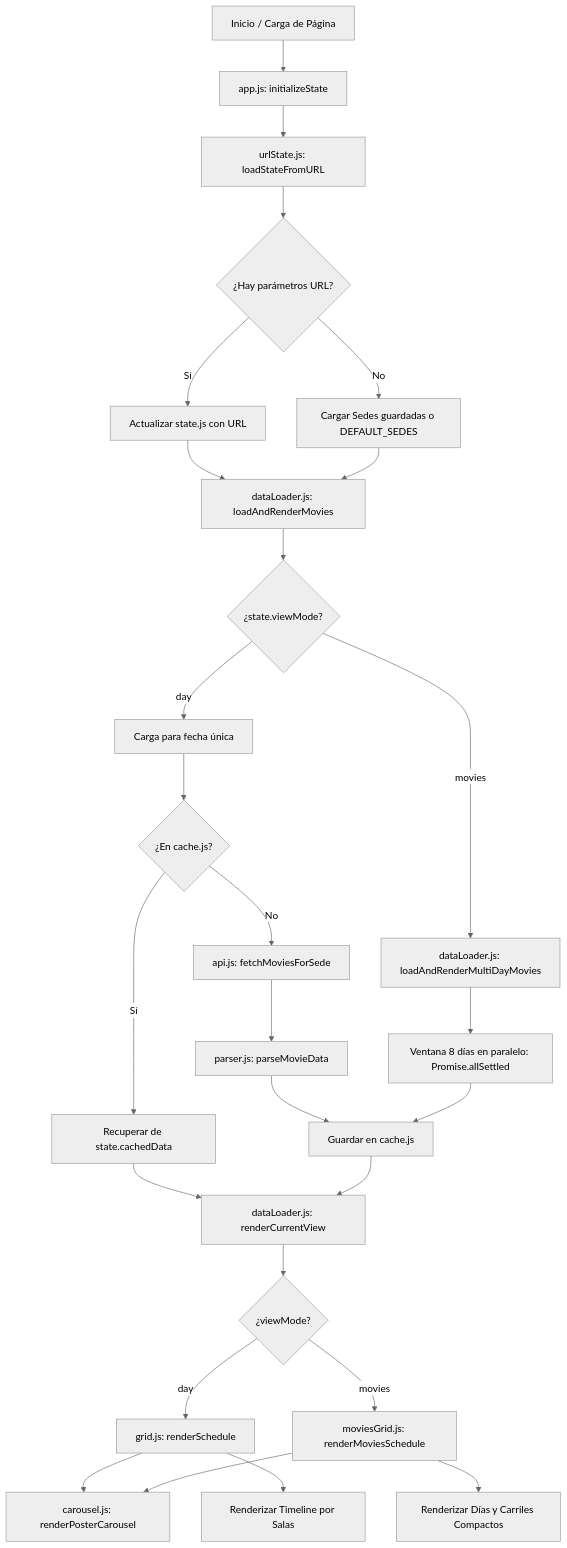
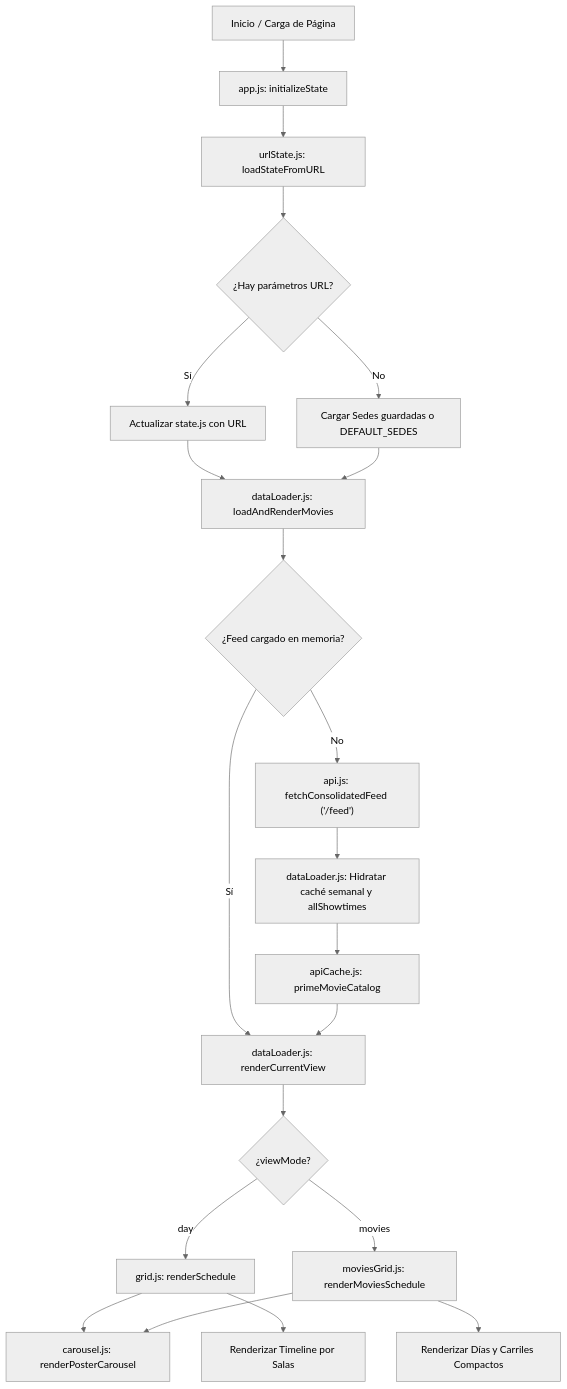
The first of 2 diagrams in docs/architecture.md (jjsantos01/cineteca-schedule-grid), drawn with Mermaid (neutral theme) before and after one commit. The commit also changed other lines of this file and 22 other files, not shown here.

Commit message:
feat: consolidate movie data into unified feed endpoint with cold start resilience

````diff
--- a/docs/architecture.md
+++ b/docs/architecture.md
@@ -9,35 +9,26 @@
 ```mermaid
 flowchart TD
     A[Inicio / Carga de Página] --> B[app.js: initializeState]
     B --> C[urlState.js: loadStateFromURL]
     C --> D{¿Hay parámetros URL?}
     D -- Sí --> E[Actualizar state.js con URL]
     D -- No --> F[Cargar Sedes guardadas o DEFAULT_SEDES]
     E --> G[dataLoader.js: loadAndRenderMovies]
     F --> G
 
-    G --> G1{¿state.viewMode?}
-    G1 -- day --> G2[Carga para fecha única]
-    G1 -- movies --> G3[dataLoader.js: loadAndRenderMultiDayMovies]
+    G --> H{¿Feed cargado en memoria?}
+    H -- No --> I["api.js: fetchConsolidatedFeed ('/feed')"]
+    I --> J[dataLoader.js: Hidratar caché semanal y allShowtimes]
+    J --> K[apiCache.js: primeMovieCatalog]
+    H -- Sí --> L[dataLoader.js: renderCurrentView]
+    K --> L
 
-    G2 --> H{¿En cache.js?}
-    H -- Sí --> I[Recuperar de state.cachedData]
-    H -- No --> J[api.js: fetchMoviesForSede]
-    J --> K[parser.js: parseMovieData]
-    K --> L[Guardar en cache.js]
+    L --> L1{¿viewMode?}
+    L1 -- day --> M1[grid.js: renderSchedule]
+    L1 -- movies --> M2[moviesGrid.js: renderMoviesSchedule]
 
-    G3 --> G4[Ventana 8 días en paralelo: Promise.allSettled]
-    G4 --> L
-
-    I --> M[dataLoader.js: renderCurrentView]
-    L --> M
-
-    M --> M1{¿viewMode?}
-    M1 -- day --> N1[grid.js: renderSchedule]
-    M1 -- movies --> N2[moviesGrid.js: renderMoviesSchedule]
-
-    N1 --> O[carousel.js: renderPosterCarousel]
-    N2 --> O
-    N1 --> P[Renderizar Timeline por Salas]
-    N2 --> Q[Renderizar Días y Carriles Compactos]
+    M1 --> N[carousel.js: renderPosterCarousel]
+    M2 --> N
+    M1 --> O[Renderizar Timeline por Salas]
+    M2 --> P[Renderizar Días y Carriles Compactos]
 ```
````
